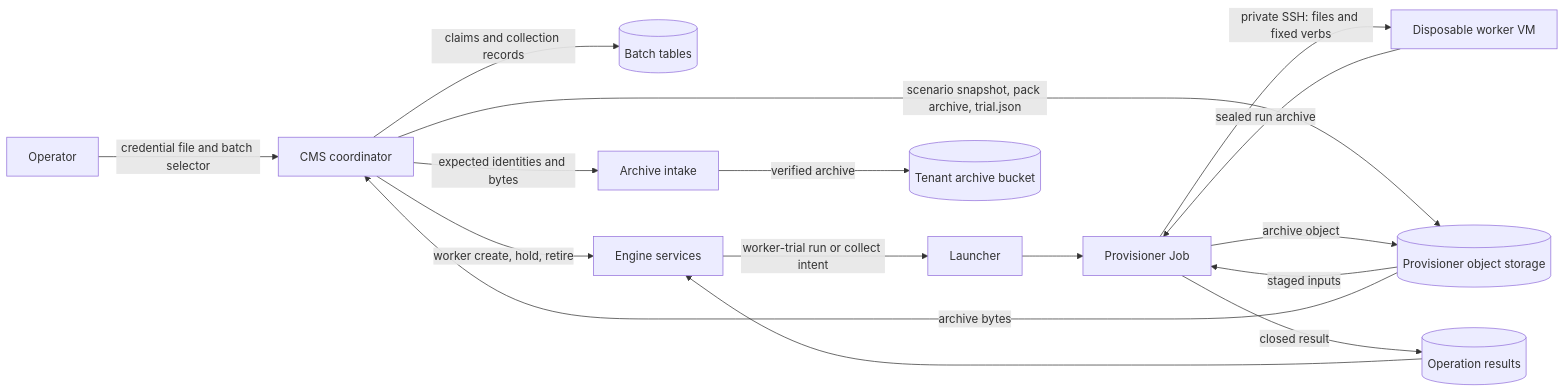
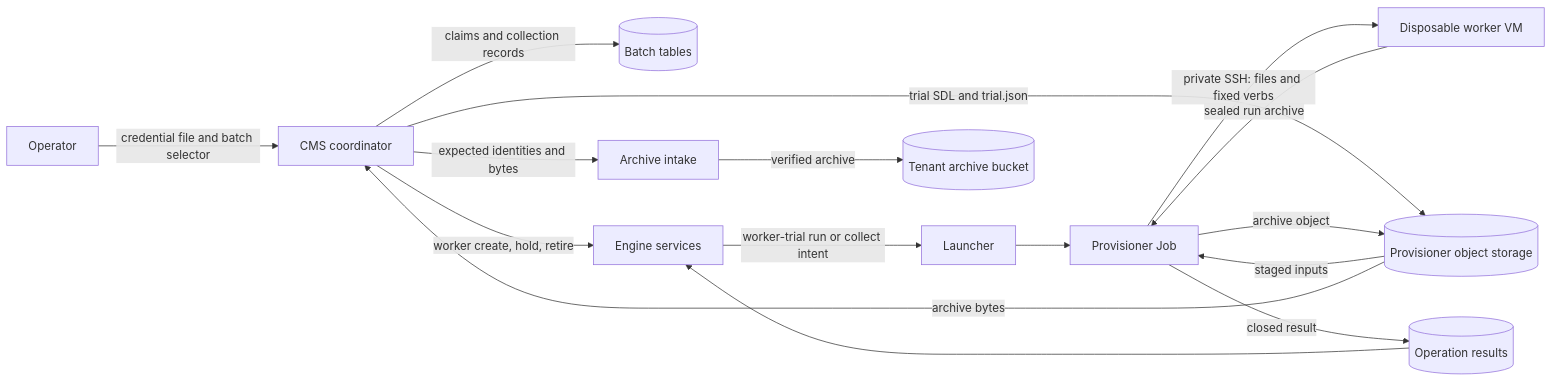
The diagram in docs/architecture/parallel-trial-dispatch-design-2743.md (OpenRAE/bigrae), drawn with Mermaid before and after one commit. The commit also changed other lines of this file and 22 other files, not shown here.

Commit message:
fix(experiments): stage only the trial SDL and close review findings in dispatch

````diff
--- a/docs/architecture/parallel-trial-dispatch-design-2743.md
+++ b/docs/architecture/parallel-trial-dispatch-design-2743.md
@@ -46,18 +48,18 @@
 ```mermaid
 flowchart LR
   O[Operator] -->|credential file and batch selector| C[CMS coordinator]
   C -->|claims and collection records| B[(Batch tables)]
   C -->|worker create, hold, retire| E[Engine services]
-  C -->|scenario snapshot, pack archive, trial.json| S[(Provisioner object storage)]
+  C -->|trial SDL and trial.json| S[(Provisioner object storage)]
   E -->|worker-trial run or collect intent| L[Launcher]
   L --> P[Provisioner Job]
   S -->|staged inputs| P
   P -->|private SSH: files and fixed verbs| W[Disposable worker VM]
   W -->|sealed run archive| P
   P -->|archive object| S
   P -->|closed result| R[(Operation results)]
   R --> E
   S -->|archive bytes| C
   C -->|expected identities and bytes| I[Archive intake]
   I -->|verified archive| D[(Tenant archive bucket)]
 ```
````
